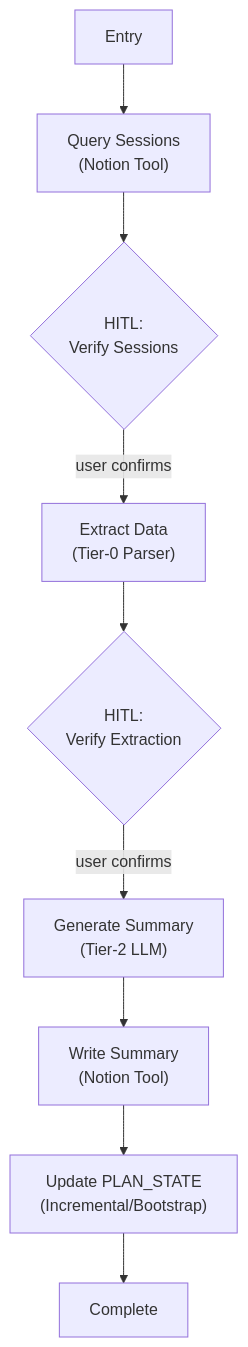
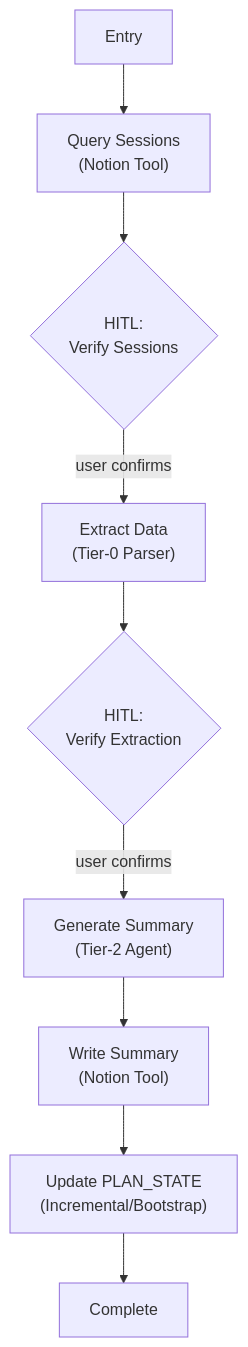
The diagram in specs/steps/step-1-extraction.md (faolitarna/weekforge), drawn with Mermaid before and after one commit. The commit also changed other lines of this file and 21 other files, not shown here.

````diff
--- a/specs/steps/step-1-extraction.md
+++ b/specs/steps/step-1-extraction.md
@@ -28,11 +29,11 @@
 ```mermaid
 graph TD
     A["Entry"] --> B["Query Sessions\n(Notion Tool)"]
     B --> C{"HITL:\nVerify Sessions"}
     C -->|"user confirms"| D["Extract Data\n(Tier-0 Parser)"]
     D --> E{"HITL:\nVerify Extraction"}
-    E -->|"user confirms"| F["Generate Summary\n(Tier-2 LLM)"]
+    E -->|"user confirms"| F["Generate Summary\n(Tier-2 Agent)"]
     F --> G["Write Summary\n(Notion Tool)"]
     G --> H["Update PLAN_STATE\n(Incremental/Bootstrap)"]
     H --> I["Complete"]
 ```
````
